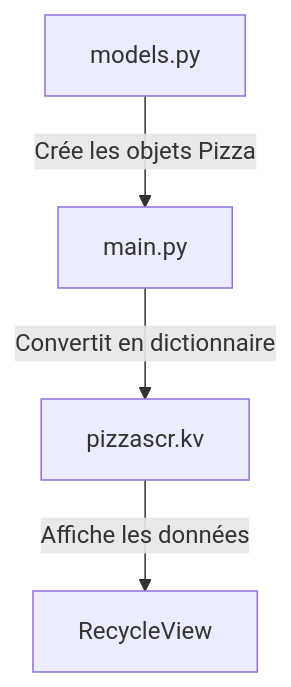
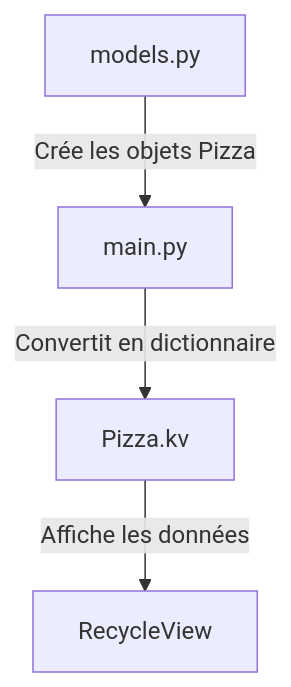
One commit to FabriceGhislain7/udemy-python-course changed the diagram in projects/kivy-pizza-v1/README.md. Above: the diagram before and after it, drawn with Mermaid. The commit also changed other lines of this file and 5048 other files, not shown here.

````diff
--- a/projects/kivy-pizza-v1/README.md
+++ b/projects/kivy-pizza-v1/README.md
@@ -149,6 +149,6 @@
 ```mermaid
 flowchart TD
     A[models.py] -->|Crée les objets Pizza| B[main.py]
-    B -->|Convertit en dictionnaire| C[pizzascr.kv]
+    B -->|Convertit en dictionnaire| C[Pizza.kv]
     C -->|Affiche les données| D[RecycleView]
 ```  
````
